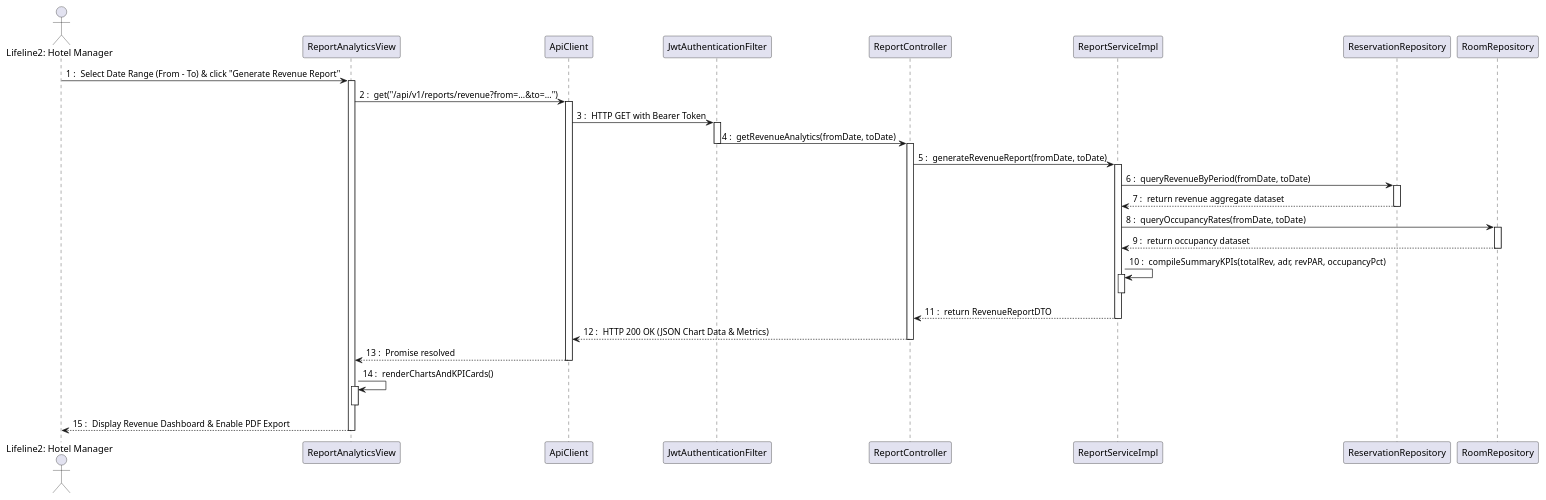
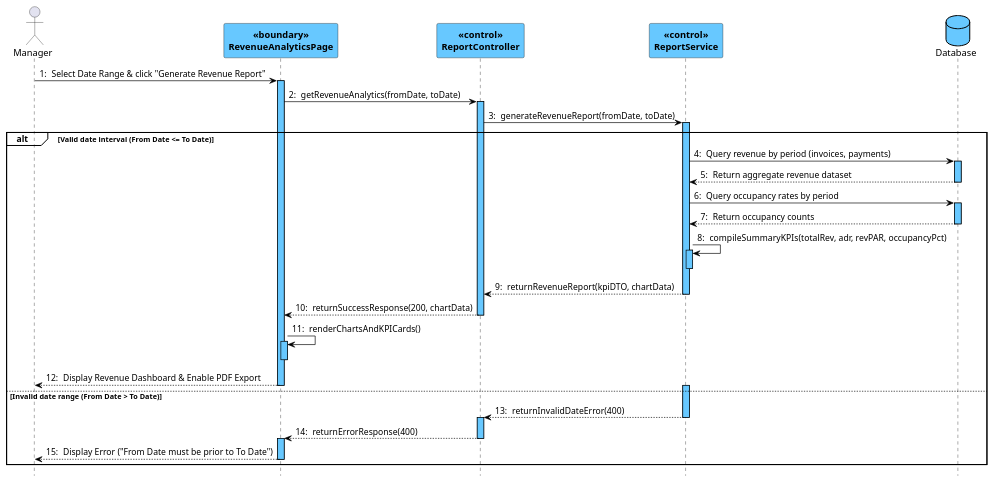
The seventh of 7 diagrams in docs/Class + Sequence/Sequence Diagram(s) (PlantUML).md (hieupeek/sba_doc), drawn with PlantUML before and after one commit. The commit also changed other lines of this file and 23 other files, not shown here.

Commit message:
docs: update class diagrams to association and sequence diagrams to COMET VP style

````diff
--- a/docs/Class + Sequence/Sequence Diagram(s) (PlantUML).md
+++ b/docs/Class + Sequence/Sequence Diagram(s) (PlantUML).md
@@ -425,61 +536,81 @@
 ```plantuml
 @startuml
 skinparam shadowed false
-autonumber 1 "0 : "
+autonumber 1 "0: "
+hide footbox
 
-actor "Lifeline2: Hotel Manager" as Manager
-participant ReportAnalyticsView
-participant ApiClient
-participant JwtAuthenticationFilter
-participant ReportController
-participant ReportServiceImpl
-participant ReservationRepository
-participant RoomRepository
+skinparam participantBackgroundColor #67C8FF
+skinparam participantBorderColor #000000
+skinparam participantFontColor #000000
+skinparam participantFontStyle bold
 
-Manager -> ReportAnalyticsView : Select Date Range (From - To) & click "Generate Revenue Report"
-activate ReportAnalyticsView
+skinparam databaseBackgroundColor #67C8FF
+skinparam databaseBorderColor #000000
+skinparam databaseFontColor #000000
 
-ReportAnalyticsView -> ApiClient : get("/api/v1/reports/revenue?from=...&to=...")
-activate ApiClient
+skinparam sequenceLifeLineBackgroundColor #67C8FF
+skinparam sequenceLifeLineBorderColor #000000
+skinparam sequenceArrowColor #000000
 
-ApiClient -> JwtAuthenticationFilter : HTTP GET with Bearer Token
-activate JwtAuthenticationFilter
+skinparam SequenceGroupFontColor #000000
+skinparam SequenceGroupFontStyle bold
+skinparam SequenceGroupHeaderFontColor #000000
+skinparam SequenceGroupHeaderFontStyle bold
+skinparam SequenceGroupBorderColor #000000
+skinparam SequenceGroupBackgroundColor transparent
 
-JwtAuthenticationFilter -> ReportController : getRevenueAnalytics(fromDate, toDate)
-deactivate JwtAuthenticationFilter
+actor Manager
+participant RevenueAnalyticsPage <<boundary>>
+participant ReportController <<control>>
+participant ReportService <<control>>
+database Database
+
+Manager -> RevenueAnalyticsPage : Select Date Range & click "Generate Revenue Report"
+activate RevenueAnalyticsPage
+
+RevenueAnalyticsPage -> ReportController : getRevenueAnalytics(fromDate, toDate)
 activate ReportController
 
-ReportController -> ReportServiceImpl : generateRevenueReport(fromDate, toDate)
-activate ReportServiceImpl
+ReportController -> ReportService : generateRevenueReport(fromDate, toDate)
+activate ReportService
 
-ReportServiceImpl -> ReservationRepository : queryRevenueByPeriod(fromDate, toDate)
-activate ReservationRepository
-ReservationRepository --> ReportServiceImpl : return revenue aggregate dataset
-deactivate ReservationRepository
+alt Valid date interval (From Date <= To Date)
+    ReportService -> Database : Query revenue by period (invoices, payments)
+    activate Database
+    Database --> ReportService : Return aggregate revenue dataset
+    deactivate Database
 
-ReportServiceImpl -> RoomRepository : queryOccupancyRates(fromDate, toDate)
-activate RoomRepository
-RoomRepository --> ReportServiceImpl : return occupancy dataset
-deactivate RoomRepository
+    ReportService -> Database : Query occupancy rates by period
+    activate Database
+    Database --> ReportService : Return occupancy counts
+    deactivate Database
 
-ReportServiceImpl -> ReportServiceImpl : compileSummaryKPIs(totalRev, adr, revPAR, occupancyPct)
-activate ReportServiceImpl
-deactivate ReportServiceImpl
+    ReportService -> ReportService : compileSummaryKPIs(totalRev, adr, revPAR, occupancyPct)
+    activate ReportService
+    deactivate ReportService
 
-ReportServiceImpl --> ReportController : return RevenueReportDTO
-deactivate ReportServiceImpl
+    ReportService --> ReportController : returnRevenueReport(kpiDTO, chartData)
+    deactivate ReportService
 
-ReportController --> ApiClient : HTTP 200 OK (JSON Chart Data & Metrics)
-deactivate ReportController
+    ReportController --> RevenueAnalyticsPage : returnSuccessResponse(200, chartData)
+    deactivate ReportController
 
-ApiClient --> ReportAnalyticsView : Promise resolved
-deactivate ApiClient
+    RevenueAnalyticsPage -> RevenueAnalyticsPage : renderChartsAndKPICards()
+    activate RevenueAnalyticsPage
+    deactivate RevenueAnalyticsPage
 
-ReportAnalyticsView -> ReportAnalyticsView : renderChartsAndKPICards()
-activate ReportAnalyticsView
-deactivate ReportAnalyticsView
-
-ReportAnalyticsView --> Manager : Display Revenue Dashboard & Enable PDF Export
-deactivate ReportAnalyticsView
+    RevenueAnalyticsPage --> Manager : Display Revenue Dashboard & Enable PDF Export
+    deactivate RevenueAnalyticsPage
+else Invalid date range (From Date > To Date)
+    activate ReportService
+    ReportService --> ReportController : returnInvalidDateError(400)
+    deactivate ReportService
+    activate ReportController
+    ReportController --> RevenueAnalyticsPage : returnErrorResponse(400)
+    deactivate ReportController
+    activate RevenueAnalyticsPage
+    RevenueAnalyticsPage --> Manager : Display Error ("From Date must be prior to To Date")
+    deactivate RevenueAnalyticsPage
+end
 @enduml
 ```
````
